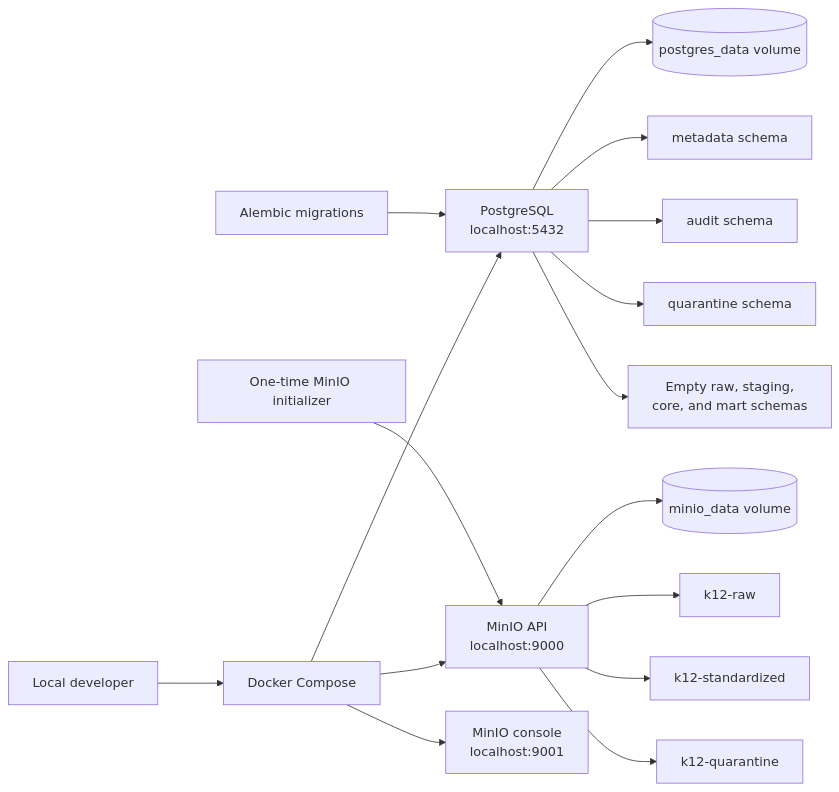
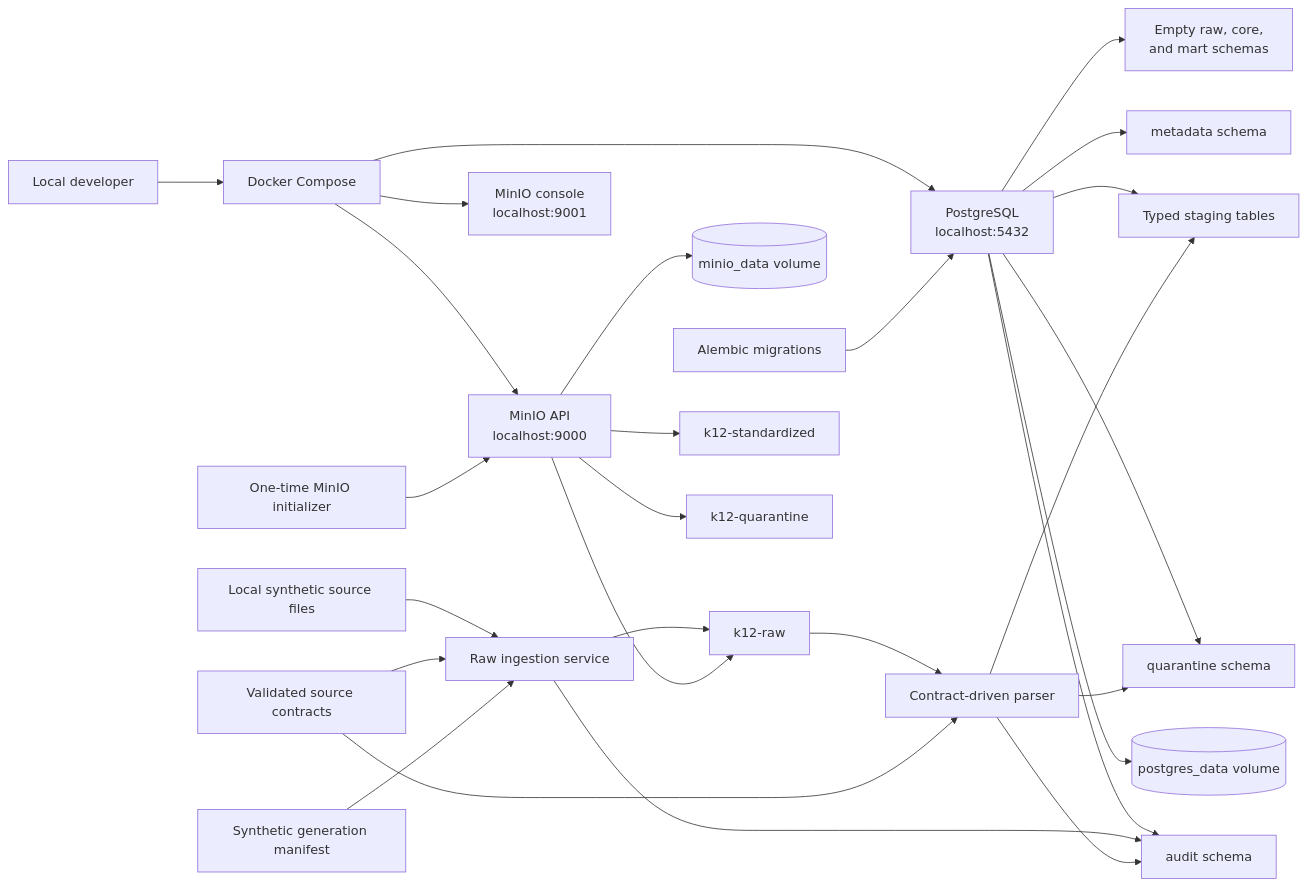
The diagram in docs/architecture.md (amitgupta0220/K12_hub), drawn with Mermaid before and after one commit. The commit also changed other lines of this file and 23 other files, not shown here.

Commit message:
feat: add raw ingestion and staging loads

````diff
--- a/docs/architecture.md
+++ b/docs/architecture.md
@@ -7,18 +8,29 @@
 ```mermaid
 flowchart LR
     developer["Local developer"] --> compose["Docker Compose"]
     compose --> postgres["PostgreSQL<br/>localhost:5432"]
     compose --> minio["MinIO API<br/>localhost:9000"]
     compose --> console["MinIO console<br/>localhost:9001"]
     postgres --> postgres_volume[("postgres_data volume")]
     alembic["Alembic migrations"] --> postgres
     postgres --> metadata["metadata schema"]
     postgres --> audit["audit schema"]
     postgres --> rejected["quarantine schema"]
-    postgres --> analytical["Empty raw, staging,<br/>core, and mart schemas"]
+    postgres --> staging["Typed staging tables"]
+    postgres --> analytical["Empty raw, core,<br/>and mart schemas"]
     minio --> minio_volume[("minio_data volume")]
     initializer["One-time MinIO initializer"] --> minio
+    local_files["Local synthetic source files"] --> ingestion["Raw ingestion service"]
+    contracts["Validated source contracts"] --> ingestion
+    manifest["Synthetic generation manifest"] --> ingestion
+    ingestion --> audit
+    ingestion --> raw
+    raw --> parser["Contract-driven parser"]
+    contracts --> parser
+    parser --> staging
+    parser --> rejected
+    parser --> audit
     minio --> raw["k12-raw"]
     minio --> standardized["k12-standardized"]
     minio --> quarantine["k12-quarantine"]
 ```
````
